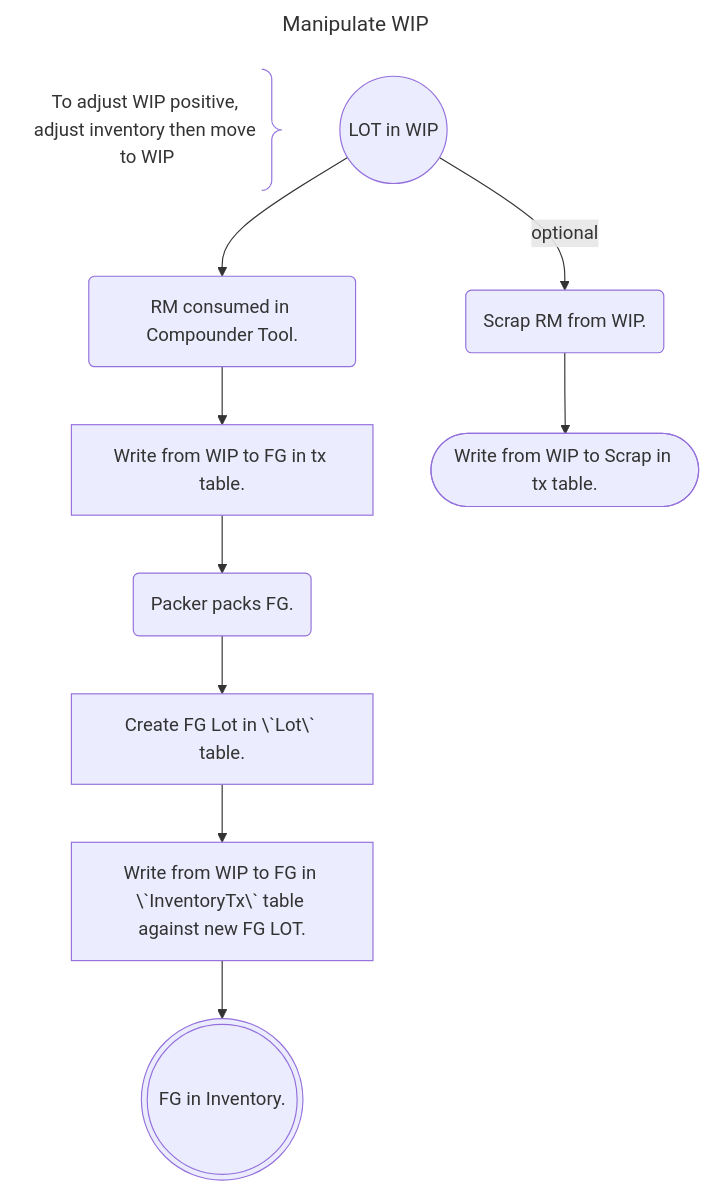
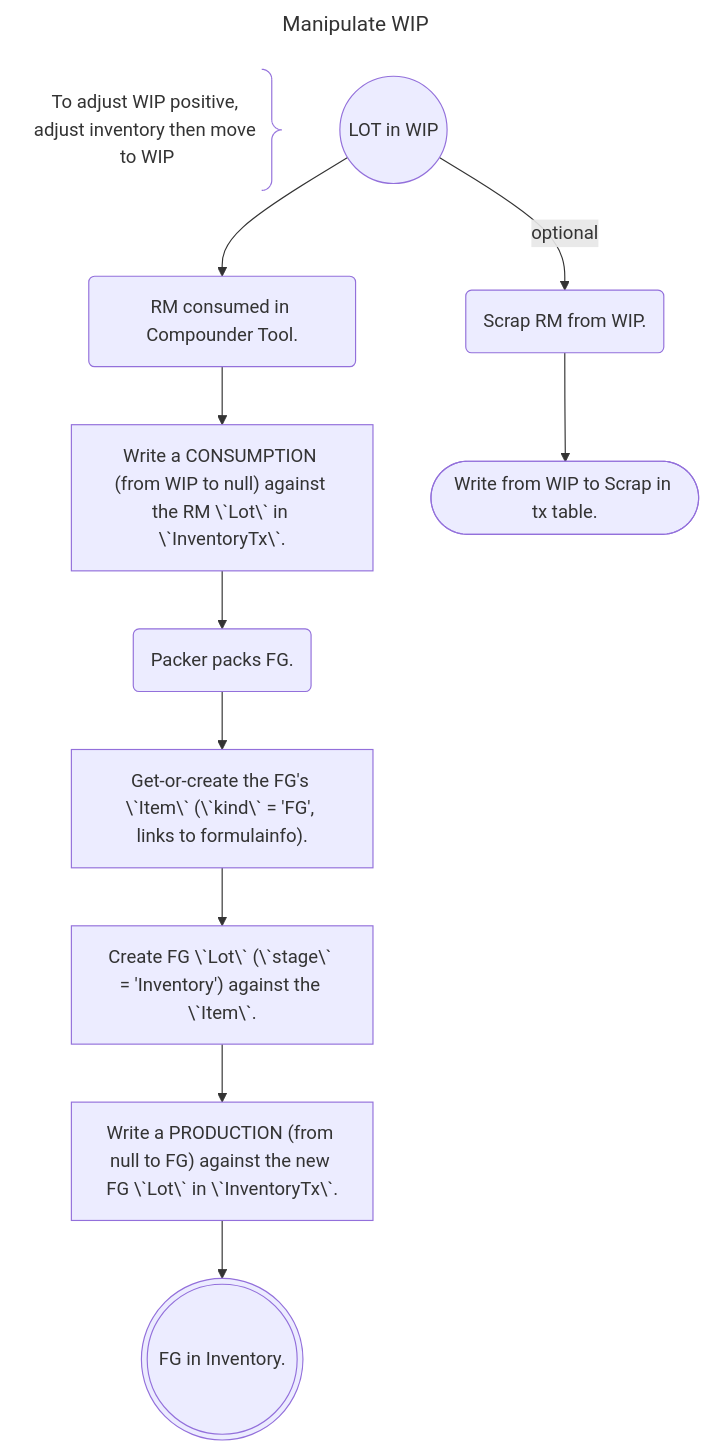
The fifth of 7 diagrams in src/tx_table_proposal.md (afi-spencerd/RSM), drawn with Mermaid before and after one commit. The commit also changed other lines of this file, not shown here.

First line of the commit message:
docs: reconcile Item/Lot management and WIP→FG tx semantics

````diff
--- a/src/tx_table_proposal.md
+++ b/src/tx_table_proposal.md
@@ -174,19 +176,20 @@
 ```mermaid
 ---
 title: Manipulate WIP
 ---
 flowchart TB
   A@{ shape: brace-r, label: "To adjust WIP positive, adjust inventory then move to WIP"}
   lot_in_wip(("LOT in WIP"))
   consume_rm("RM consumed in Compounder Tool.")
-  tx_consume_rm["Write from WIP to FG in tx table."]
+  tx_consume_rm["Write a CONSUMPTION (from WIP to null) against the RM \`Lot\` in \`InventoryTx\`."]
   scrap_wip_rm("Scrap RM from WIP.")
   tx_scrap_wip_rm(["Write from WIP to Scrap in tx table."])
   pack_fg("Packer packs FG.")
-  create_fg["Create FG Lot in \`Lot\` table."]
-  tx_create_fg["Write from WIP to FG in \`InventoryTx\` table against new FG LOT."]
+  ensure_item_fg["Get-or-create the FG's \`Item\` (\`kind\` = 'FG', links to formulainfo)."]
+  create_fg["Create FG \`Lot\` (\`stage\` = 'Inventory') against the \`Item\`."]
+  tx_create_fg["Write a PRODUCTION (from null to FG) against the new FG \`Lot\` in \`InventoryTx\`."]
   fg_in_inventory((("FG in Inventory.")))
 
   lot_in_wip -->|optional| scrap_wip_rm --> tx_scrap_wip_rm
-  lot_in_wip --> consume_rm --> tx_consume_rm --> pack_fg --> create_fg --> tx_create_fg --> fg_in_inventory
+  lot_in_wip --> consume_rm --> tx_consume_rm --> pack_fg --> ensure_item_fg --> create_fg --> tx_create_fg --> fg_in_inventory
 ```
````
